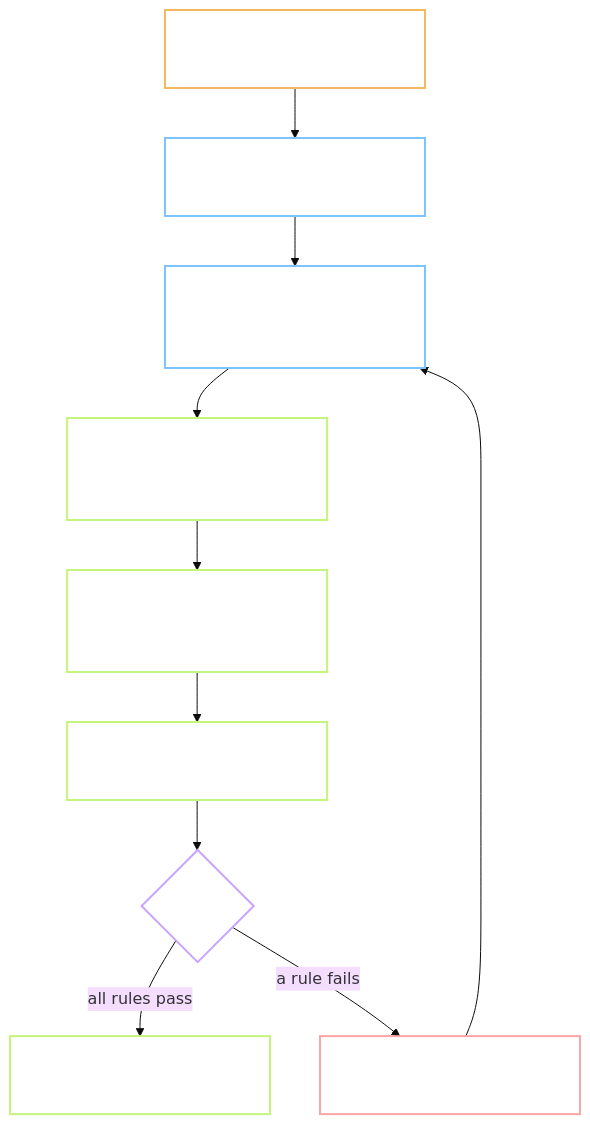
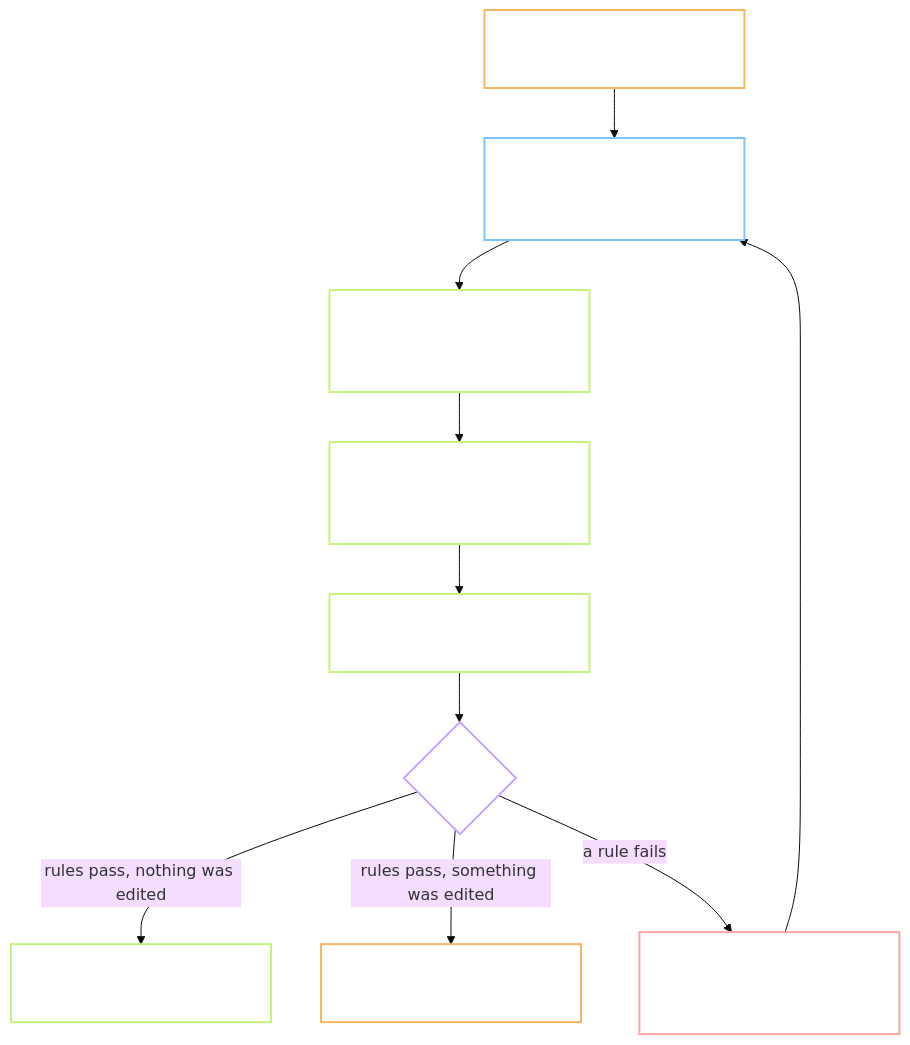
Before and after one commit to hieudelfi/MoonEgg: the first of 2 diagrams in docs/tasks/P.5/Flow.md, drawn with Mermaid (base theme). The commit also changed other lines of this file and 1 other file, not shown here.

Commit message:
docs(P.5): rewrite plan and flow after the cold read, 41 defects

````diff
--- a/docs/tasks/P.5/Flow.md
+++ b/docs/tasks/P.5/Flow.md
@@ -19,18 +19,18 @@
 ```mermaid
 graph TB
-    S["Start the workbench, open the page"]:::amber --> L["Word list: 30 words, each with a status"]:::cyan
-    L --> W["Word screen: word, IPA, audio, meanings, sentences, images"]:::cyan
-    W --> M["Choose 1 to 3 meanings, fix the Vietnamese meaning"]:::green
-    M --> X["Choose 2 or more sentences, tick 5 checks each"]:::green
-    X --> I["Press 1 to 4 to pick an image"]:::green
+    S["Start the workbench, open the page"]:::amber --> W["Word screen: word, IPA, audio, meanings, sentences, images"]:::cyan
+    W --> M["Space: choose 1 to 3 meanings. E: fix the Vietnamese meaning"]:::green
+    M --> X["Space: choose 2 or 3 sentences. T: tick the 5 checks"]:::green
+    X --> I["1 to 4: pick an image. 0: none fits"]:::green
     I --> A{"Press A"}:::purple
-    A -->|"all rules pass"| OK["Saved as approved, next word opens"]:::green
-    A -->|"a rule fails"| NO["Nothing saved, the screen names the rule"]:::red
+    A -->|"rules pass, nothing was edited"| OK["Word: Đã duyệt. Next word opens"]:::green
+    A -->|"rules pass, something was edited"| Q["Word: Cần duyệt lần 2. Next word opens"]:::amber
+    A -->|"a rule fails"| NO["Statuses unchanged. The screen names the rule"]:::red
     NO --> W
 
     classDef amber fill:transparent,stroke:#f4b860,stroke-width:2px,color:#fff
     classDef cyan fill:transparent,stroke:#7cc4ff,stroke-width:2px,color:#fff
     classDef green fill:transparent,stroke:#c4f47c,stroke-width:2px,color:#fff
     classDef purple fill:transparent,stroke:#c8a4ff,stroke-width:2px,color:#fff
     classDef red fill:transparent,stroke:#fca5a5,stroke-width:2px,color:#fff
 ```
````
